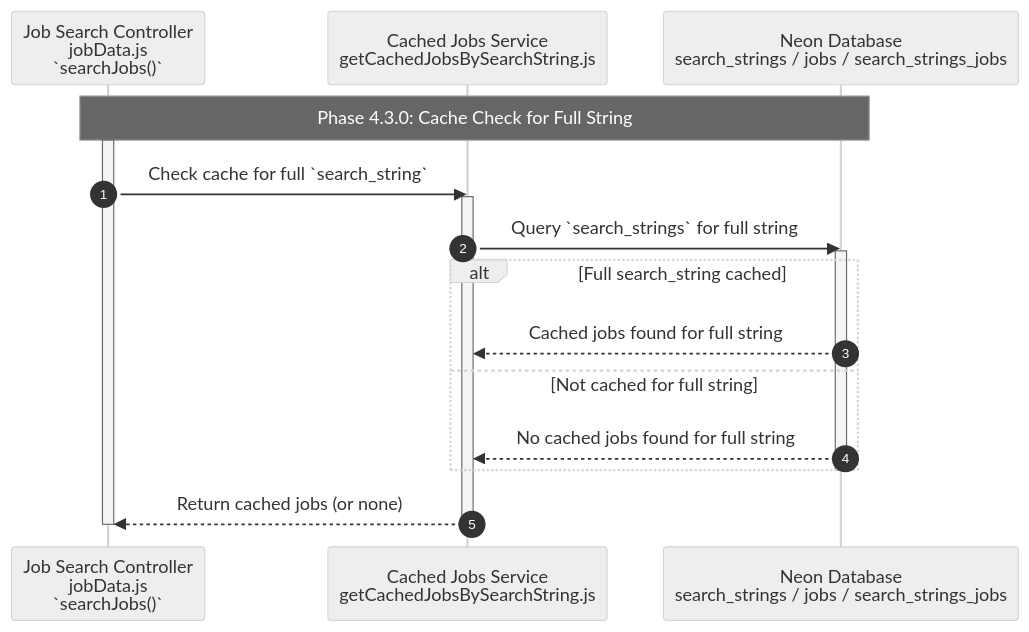
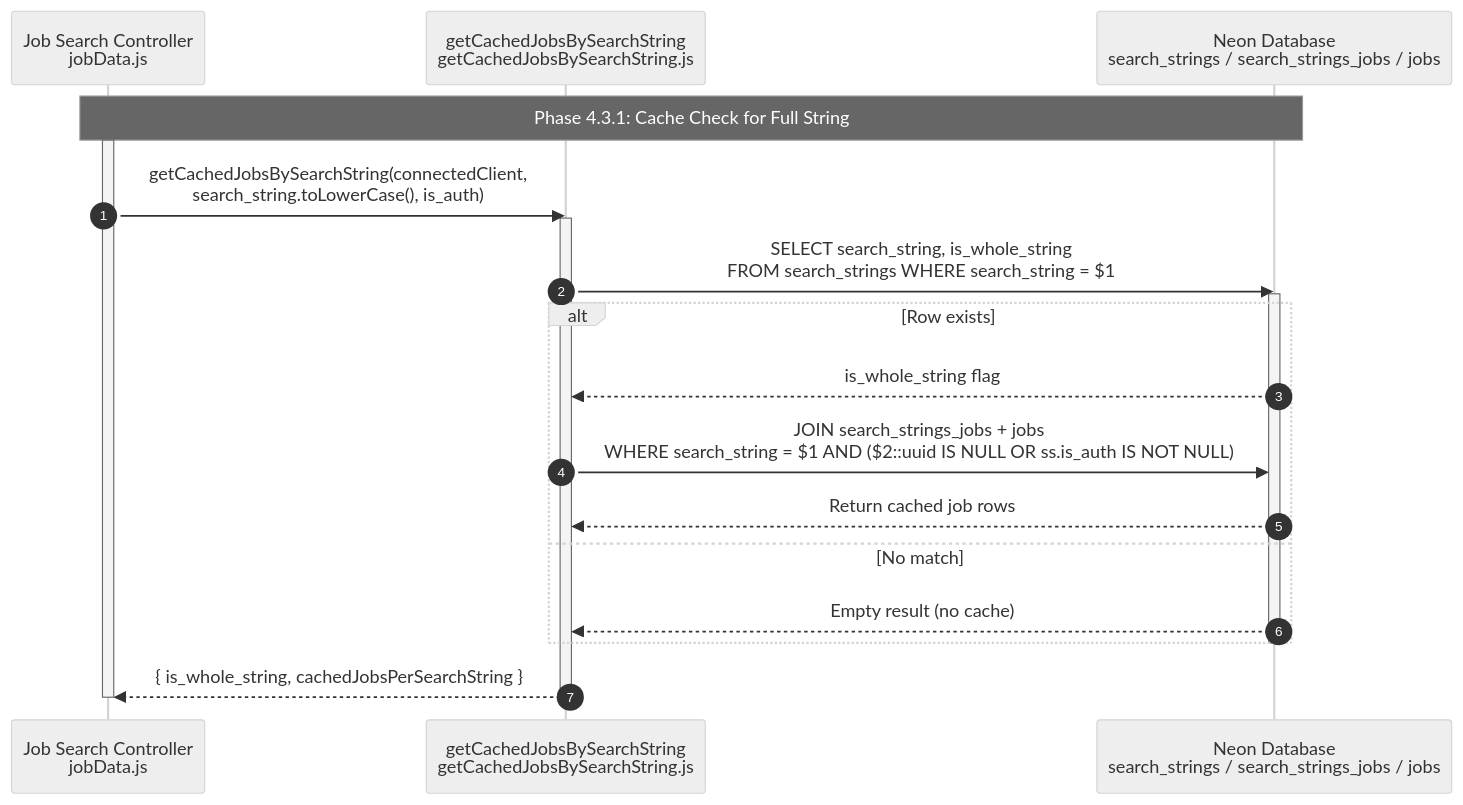
Before and after one commit to YahyaAl-Ademi/2025.10.23-JobCompass: the diagram in documentation/jobFetch/4.3.1.Cache Check for Full String.md, drawn with Mermaid (neutral theme). The commit also changed 14 other files, not shown here.

Commit message:
Refactor job fetch documentation: Update background scraper fetch, database caching, travel details, and response delivery processes; enhance flowchart for clarity and accuracy.

````diff
--- a/documentation/jobFetch/4.3.1.Cache Check for Full String.md
+++ b/documentation/jobFetch/4.3.1.Cache Check for Full String.md
@@ -8,28 +8,30 @@
 ```mermaid
 sequenceDiagram
     autonumber
     %% File paths:
     %% JobController: server/src/controllers/jobData.js
     %% CachedJobsService: server/src/services/getCachedJobsBySearchString.js
     %% NeonDB: Neon Database
-    participant JobController as Job Search Controller<br/>jobData.js<br/>`searchJobs()`
-    participant CachedJobsService as Cached Jobs Service<br/>getCachedJobsBySearchString.js
-    participant NeonDB as Neon Database<br/>search_strings / jobs / search_strings_jobs
+    participant JobController as Job Search Controller<br/>jobData.js
+    participant CachedJobsService as getCachedJobsBySearchString<br/>getCachedJobsBySearchString.js
+    participant NeonDB as Neon Database<br/>search_strings / search_strings_jobs / jobs
 
-    Note over JobController,NeonDB: Phase 4.3.0: Cache Check for Full String
+    Note over JobController,NeonDB: Phase 4.3.1: Cache Check for Full String
     activate JobController
 
-    JobController->>CachedJobsService: Check cache for full `search_string`
+    JobController->>CachedJobsService: getCachedJobsBySearchString(connectedClient,<br/>search_string.toLowerCase(), is_auth)
     activate CachedJobsService
-    CachedJobsService->>NeonDB: Query `search_strings` for full string
+    CachedJobsService->>NeonDB: SELECT search_string, is_whole_string<br/>FROM search_strings WHERE search_string = $1
     activate NeonDB
-    alt Full search_string cached
-        NeonDB-->>CachedJobsService: Cached jobs found for full string
-    else Not cached for full string
-        NeonDB-->>CachedJobsService: No cached jobs found for full string
+    alt Row exists
+        NeonDB-->>CachedJobsService: is_whole_string flag
+        CachedJobsService->>NeonDB: JOIN search_strings_jobs + jobs<br/>WHERE search_string = $1 AND ($2::uuid IS NULL OR ss.is_auth IS NOT NULL)
+        NeonDB-->>CachedJobsService: Return cached job rows
+    else No match
+        NeonDB-->>CachedJobsService: Empty result (no cache)
     end
     deactivate NeonDB
-    CachedJobsService-->>JobController: Return cached jobs (or none)
+    CachedJobsService-->>JobController: { is_whole_string, cachedJobsPerSearchString }
     deactivate CachedJobsService
     deactivate JobController
 ```
````
